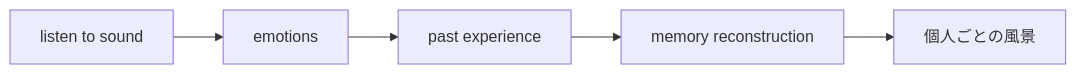
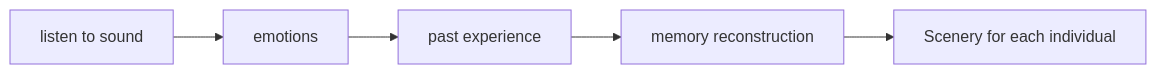
The fourth of 10 diagrams in en/_posts/2026-07-18-column-boards-of-canada.md (monumental-movement/monumental-movement.github.io), drawn with Mermaid before and after one commit. The commit also changed other lines of this file and 851 other files, not shown here.

```diff
--- a/en/_posts/2026-07-18-column-boards-of-canada.md
+++ b/en/_posts/2026-07-18-column-boards-of-canada.md
@@ -438,7 +438,7 @@
 <div class="mermaid">
 flowchart LR
 A[listen to sound] --> B[emotions]
 B --> C[past experience]
 C --> D[memory reconstruction]
-D --> E[個人ごとの風景]
+D --> E[Scenery for each individual]
 </div>
```
